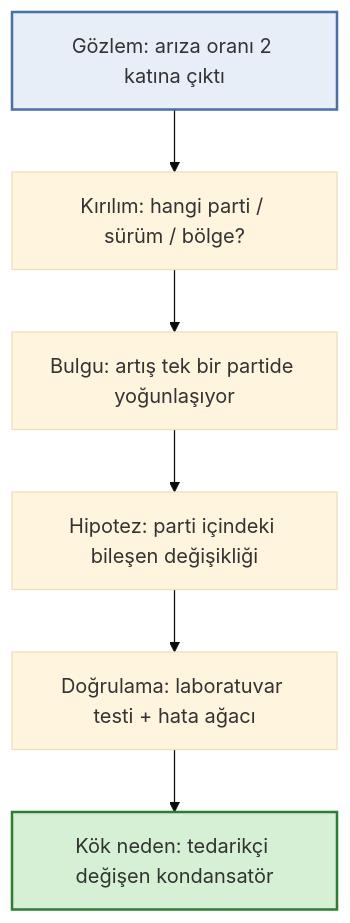
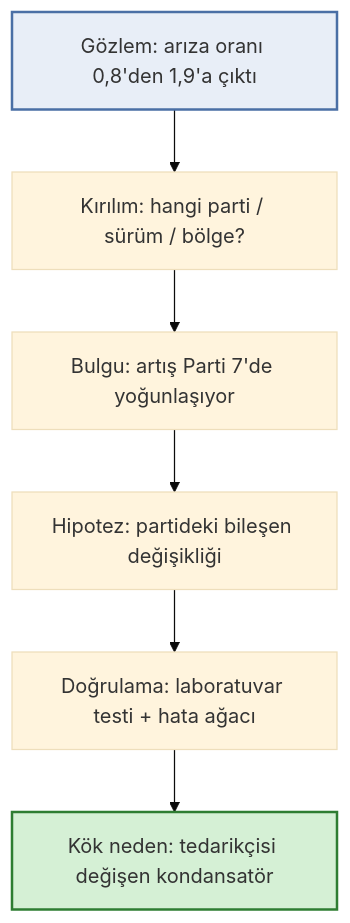
The second of 4 diagrams in _posts/2026-09-22-analitigin-dort-hali-descriptive-diagnostic-predictive-prescriptive.md (Mavrikant/mavrikant.github.io), drawn with Mermaid (base theme) before and after one commit. The commit also changed other lines of this file, not shown here.

```diff
--- a/_posts/2026-09-22-analitigin-dort-hali-descriptive-diagnostic-predictive-prescriptive.md
+++ b/_posts/2026-09-22-analitigin-dort-hali-descriptive-diagnostic-predictive-prescriptive.md
@@ -136,10 +102,10 @@
 <div class="mermaid">
 flowchart TD
-    A["Gözlem: arıza oranı 2 katına çıktı"] --> B["Kırılım: hangi parti / sürüm / bölge?"]
-    B --> C["Bulgu: artış tek bir partide yoğunlaşıyor"]
-    C --> D["Hipotez: parti içindeki bileşen değişikliği"]
+    A["Gözlem: arıza oranı 0,8'den 1,9'a çıktı"] --> B["Kırılım: hangi parti / sürüm / bölge?"]
+    B --> C["Bulgu: artış Parti 7'de yoğunlaşıyor"]
+    C --> D["Hipotez: partideki bileşen değişikliği"]
     D --> E["Doğrulama: laboratuvar testi + hata ağacı"]
-    E --> F["Kök neden: tedarikçi değişen kondansatör"]
+    E --> F["Kök neden: tedarikçisi değişen kondansatör"]
     style A fill:#e8eef7,stroke:#4a6fa5,stroke-width:2px
     style F fill:#d5f0d5,stroke:#2e7d32,stroke-width:2px
 </div>
```
